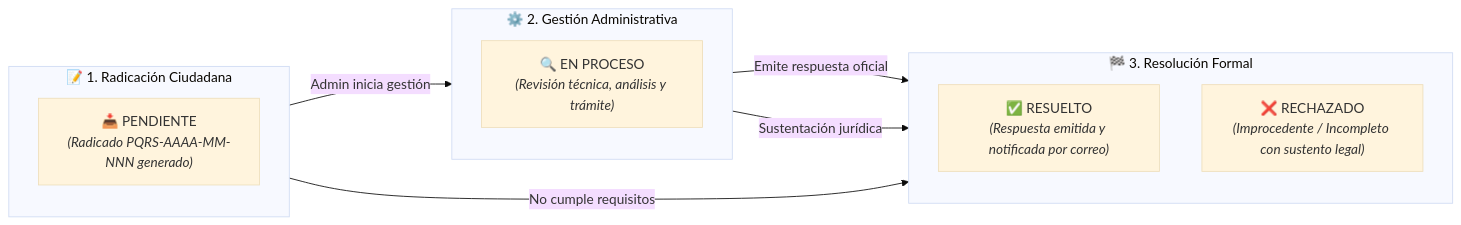
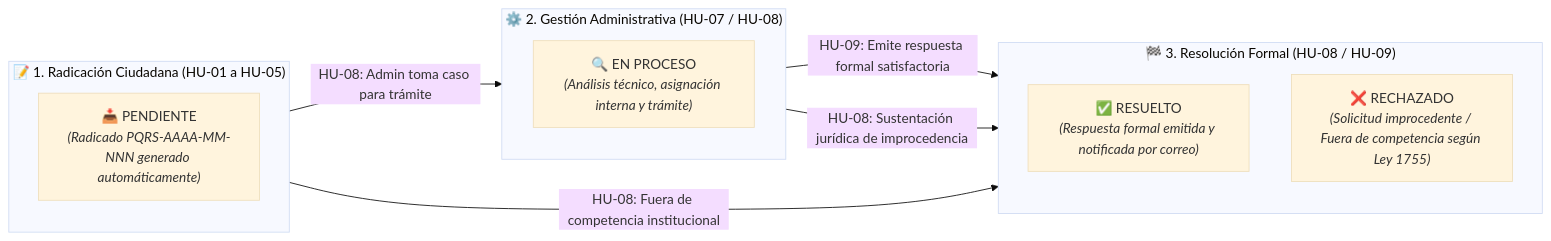
The first of 2 diagrams in docs/Especificacion_Requisitos.md (Santiago072/SistemaPQRS), drawn with Mermaid (base theme) before and after one commit. The commit also changed other lines of this file, not shown here.

Commit message:
docs: alinear diagrama de ciclo de vida con Historias de Usuario HU-01/HU-08/HU-09

````diff
--- a/docs/Especificacion_Requisitos.md
+++ b/docs/Especificacion_Requisitos.md
@@ -17,23 +17,23 @@
 ```mermaid
 graph LR
-    subgraph RADICACION["📝 1. Radicación Ciudadana"]
+    subgraph RADICACION["📝 1. Radicación Ciudadana (HU-01 a HU-05)"]
         direction TB
-        E1["📥 PENDIENTE<br/><i>(Radicado PQRS-AAAA-MM-NNN generado)</i>"]
+        E1["📥 PENDIENTE<br/><i>(Radicado PQRS-AAAA-MM-NNN generado automáticamente)</i>"]
     end
 
-    subgraph GESTION["⚙️ 2. Gestión Administrativa"]
+    subgraph GESTION["⚙️ 2. Gestión Administrativa (HU-07 / HU-08)"]
         direction TB
-        E2["🔍 EN PROCESO<br/><i>(Revisión técnica, análisis y trámite)</i>"]
+        E2["🔍 EN PROCESO<br/><i>(Análisis técnico, asignación interna y trámite)</i>"]
     end
 
-    subgraph CIERRE["🏁 3. Resolución Formal"]
+    subgraph CIERRE["🏁 3. Resolución Formal (HU-08 / HU-09)"]
         direction TB
-        E3["✅ RESUELTO<br/><i>(Respuesta emitida y notificada por correo)</i>"]
-        E4["❌ RECHAZADO<br/><i>(Improcedente / Incompleto con sustento legal)</i>"]
+        E3["✅ RESUELTO<br/><i>(Respuesta formal emitida y notificada por correo)</i>"]
+        E4["❌ RECHAZADO<br/><i>(Solicitud improcedente / Fuera de competencia según Ley 1755)</i>"]
     end
 
-    E1 -->|"Admin inicia gestión"| E2
-    E1 -->|"No cumple requisitos"| E4
-    E2 -->|"Emite respuesta oficial"| E3
-    E2 -->|"Sustentación jurídica"| E4
+    E1 -->|"HU-08: Admin toma caso para trámite"| E2
+    E1 -->|"HU-08: Fuera de competencia institucional"| E4
+    E2 -->|"HU-09: Emite respuesta formal satisfactoria"| E3
+    E2 -->|"HU-08: Sustentación jurídica de improcedencia"| E4
 ```
````
